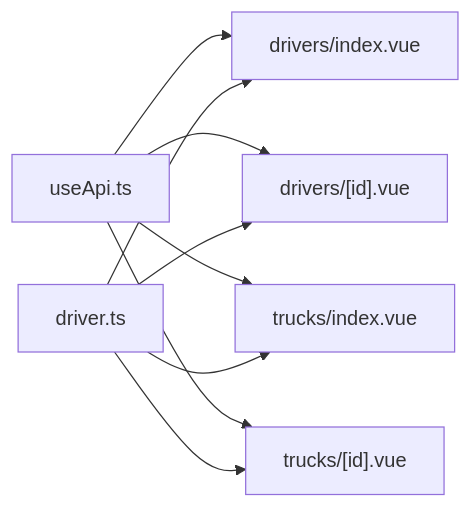
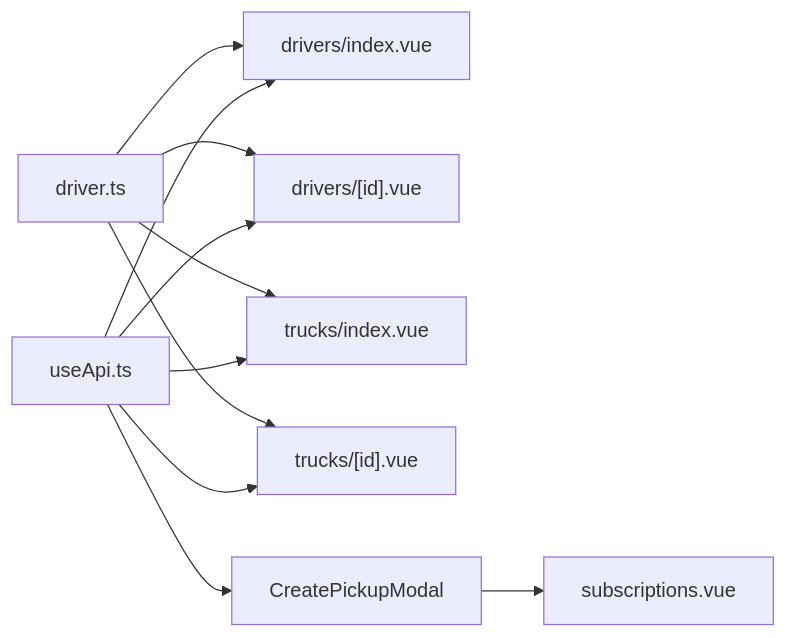
The tenth of 10 diagrams in .qoder/repowiki/en/content/Business Modules/Fleet Management.md (Lazynerd-Studios/lacarte-atlas-console), drawn with Mermaid before and after one commit. The commit also changed other lines of this file and 17 other files, not shown here.

````diff
--- a/.qoder/repowiki/en/content/Business Modules/Fleet Management.md
+++ b/.qoder/repowiki/en/content/Business Modules/Fleet Management.md
@@ -491,11 +550,13 @@
 ```mermaid
 graph LR
 UseApi["useApi.ts"] --> DriversIndex["drivers/index.vue"]
 UseApi --> DriversDetail["drivers/[id].vue"]
 UseApi --> TrucksIndex["trucks/index.vue"]
 UseApi --> TrucksDetail["trucks/[id].vue"]
+UseApi --> CreatePickup["CreatePickupModal"]
 Types["driver.ts"] --> DriversIndex
 Types --> DriversDetail
 Types --> TrucksIndex
 Types --> TrucksDetail
+CreatePickup --> Subscriptions["subscriptions.vue"]
 ```
````
